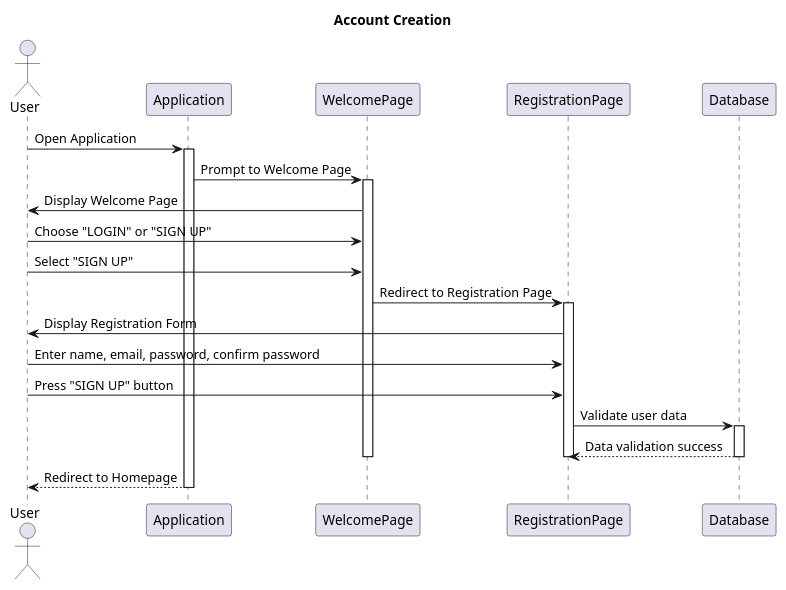
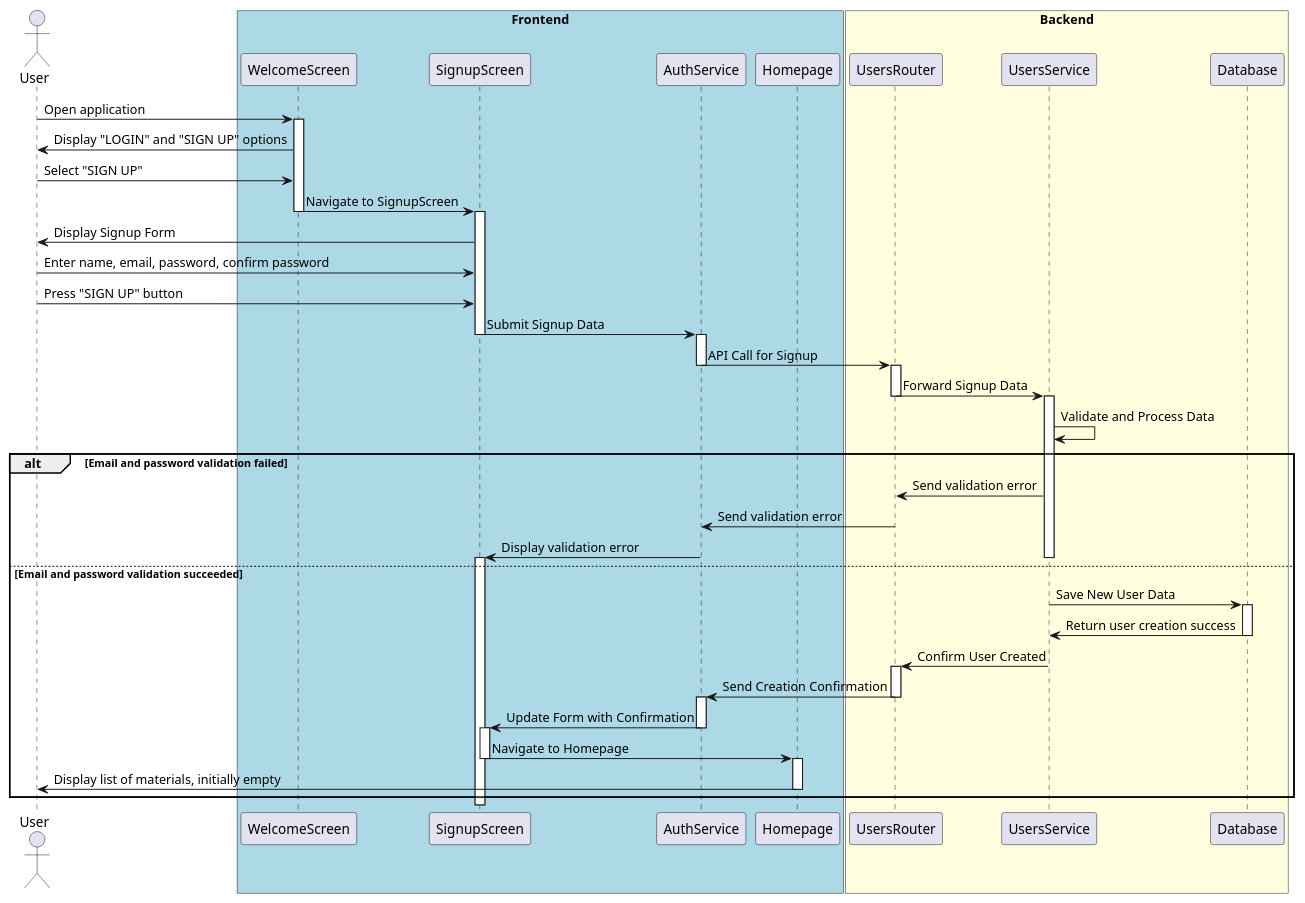
One commit to LucaciuTabita/Thesis changed the diagram in backend/fastApiProject/Diagrams/Sequence Diagram - Account Creation.puml. Above: the diagram before and after it, drawn with PlantUML. The commit also changed 18 other files, not shown here.

Commit message:
Diagrams updated

```diff
--- a/backend/fastApiProject/Diagrams/Sequence Diagram - Account Creation.puml
+++ b/backend/fastApiProject/Diagrams/Sequence Diagram - Account Creation.puml
@@ -1,31 +1,66 @@
 @startuml
-title Account Creation
 
 actor User
-participant Application
-participant WelcomePage
-participant RegistrationPage
-participant Database
 
-User -> Application: Open Application
-activate Application
-Application -> WelcomePage: Prompt to Welcome Page
-activate WelcomePage
-WelcomePage -> User: Display Welcome Page
-User -> WelcomePage: Choose "LOGIN" or "SIGN UP"
-User -> WelcomePage: Select "SIGN UP"
-WelcomePage -> RegistrationPage: Redirect to Registration Page
-activate RegistrationPage
-RegistrationPage -> User: Display Registration Form
-User -> RegistrationPage: Enter name, email, password, confirm password
-User -> RegistrationPage: Press "SIGN UP" button
-RegistrationPage -> Database: Validate user data
-activate Database
-Database --> RegistrationPage: Data validation success
-deactivate Database
-deactivate RegistrationPage
-deactivate WelcomePage
-Application --> User: Redirect to Homepage
-deactivate Application
+box "Frontend" #LightBlue
+    participant WelcomeScreen as WS
+    participant SignupScreen as SS
+    participant AuthService as AS
+    participant Homepage as HP
+end box
+
+box "Backend" #LightYellow
+    participant UsersRouter as UR
+    participant UsersService as US
+    participant Database as DB
+end box
+
+User -> WS: Open application
+activate WS
+WS -> User: Display "LOGIN" and "SIGN UP" options
+User -> WS: Select "SIGN UP"
+WS -> SS: Navigate to SignupScreen
+deactivate WS
+activate SS
+SS -> User: Display Signup Form
+User -> SS: Enter name, email, password, confirm password
+User -> SS: Press "SIGN UP" button
+SS -> AS: Submit Signup Data
+deactivate SS
+activate AS
+AS -> UR: API Call for Signup
+deactivate AS
+activate UR
+UR -> US: Forward Signup Data
+deactivate UR
+activate US
+US -> US: Validate and Process Data
+alt Email and password validation failed
+    US -> UR: Send validation error
+    UR -> AS: Send validation error
+    AS -> SS: Display validation error
+    deactivate US
+    deactivate UR
+    deactivate AS
+    activate SS
+else Email and password validation succeeded
+    US -> DB: Save New User Data
+    activate DB
+    DB -> US: Return user creation success
+    deactivate DB
+    US -> UR: Confirm User Created
+    activate UR
+    UR -> AS: Send Creation Confirmation
+    deactivate UR
+    activate AS
+    AS -> SS: Update Form with Confirmation
+    deactivate AS
+    activate SS
+    SS -> HP: Navigate to Homepage
+    deactivate SS
+    activate HP
+    HP -> User: Display list of materials, initially empty
+    deactivate HP
+end
 
 @enduml
```
